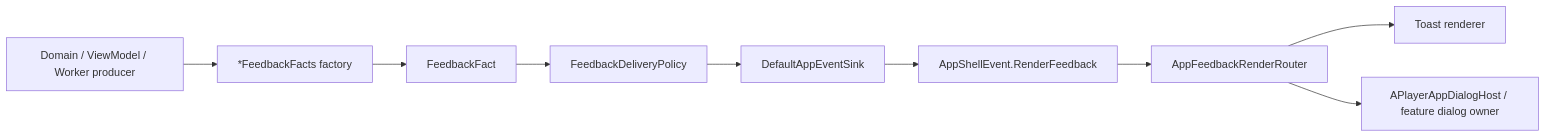
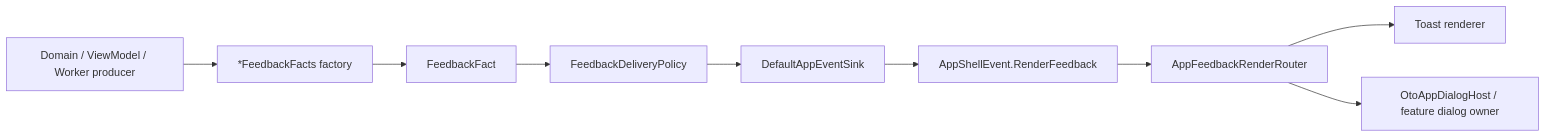
The diagram in docs/feedback-message-factory-architecture.md (Viel0320/Oto), drawn with Mermaid before and after one commit. The commit also changed other lines of this file and 1273 other files, not shown here.

````diff
--- a/docs/feedback-message-factory-architecture.md
+++ b/docs/feedback-message-factory-architecture.md
@@ -13,21 +13,21 @@
 ```mermaid
 flowchart LR
     Producer["Domain / ViewModel / Worker producer"]
     Factory["*FeedbackFacts factory"]
     Fact["FeedbackFact"]
     Policy["FeedbackDeliveryPolicy"]
     Sink["DefaultAppEventSink"]
     Event["AppShellEvent.RenderFeedback"]
     Router["AppFeedbackRenderRouter"]
     Toast["Toast renderer"]
-    Dialog["APlayerAppDialogHost / feature dialog owner"]
+    Dialog["OtoAppDialogHost / feature dialog owner"]
 
     Producer --> Factory
     Factory --> Fact
     Fact --> Policy
     Policy --> Sink
     Sink --> Event
     Event --> Router
     Router --> Toast
     Router --> Dialog
 ```
````
